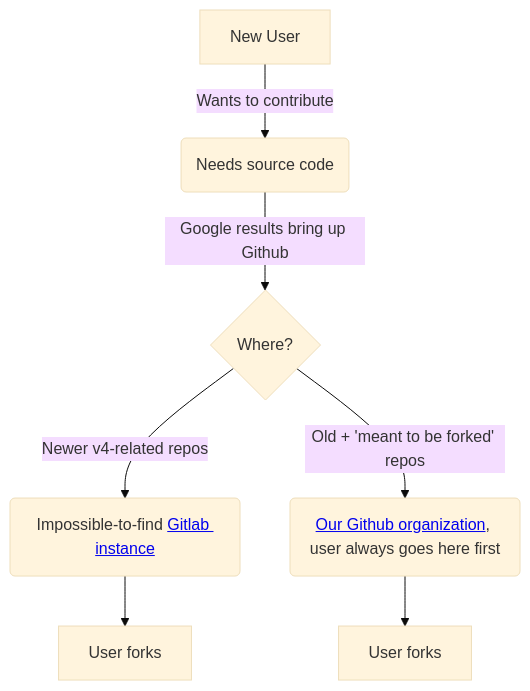
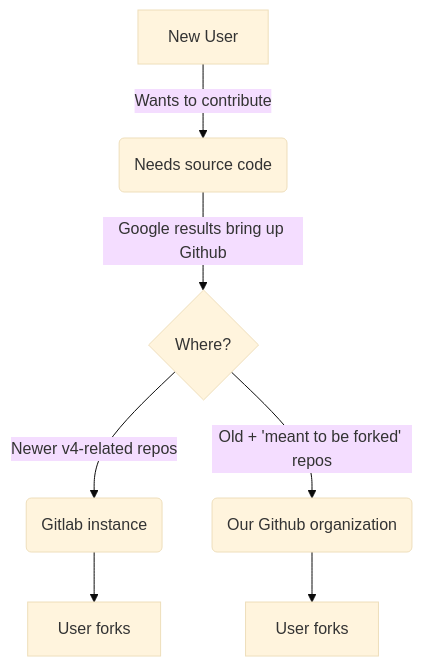
Before and after one commit to blend-os/website: the diagram in docs/contributing.md, drawn with Mermaid (base theme). The commit also changed 3 other files, not shown here.

Commit message:
fix mermaid chart and add WIP warning

````diff
--- a/docs/contributing.md
+++ b/docs/contributing.md
@@ -16,9 +16,9 @@
 ```mermaid
 flowchart TD
     A[New User] -->|Wants to contribute| B(Needs source code)
     B -->|Google results bring up Github| C{Where?}
-    C -->|Newer v4-related repos| D(Impossible-to-find <a href="https://git.blendos.co/blendos" target="_blank" rel="noopener noreferrer">Gitlab instance</a>)
-    C -->|Old + 'meant to be forked' repos| E(<a href="https://github.com/blend-os" target="_blank" rel="noopener noreferrer">Our Github organization</a>, user always goes here first)
+    C -->|Newer v4-related repos| D(Gitlab instance)
+    C-- Old + 'meant to be forked' repos -->E(Our Github organization)
     D --> F[User forks]
     E --> G[User forks]
 ```
````
